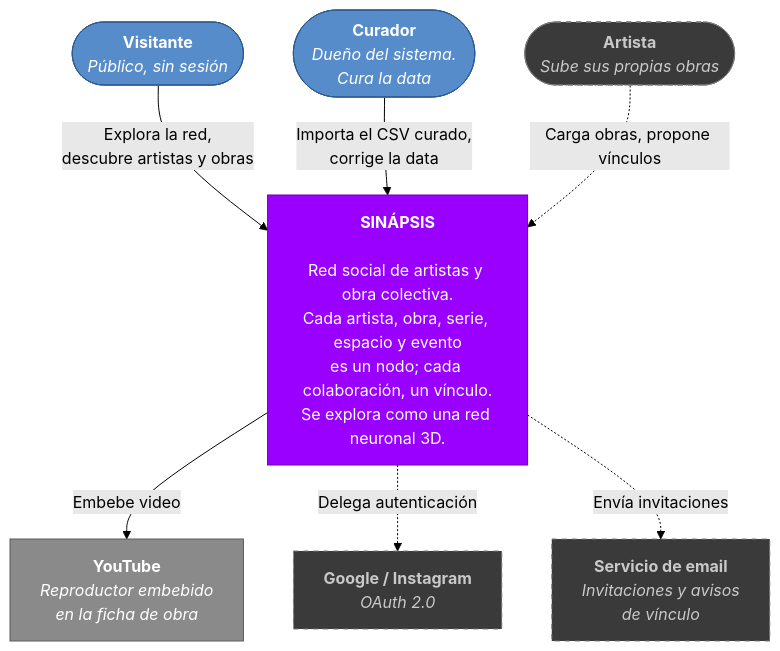
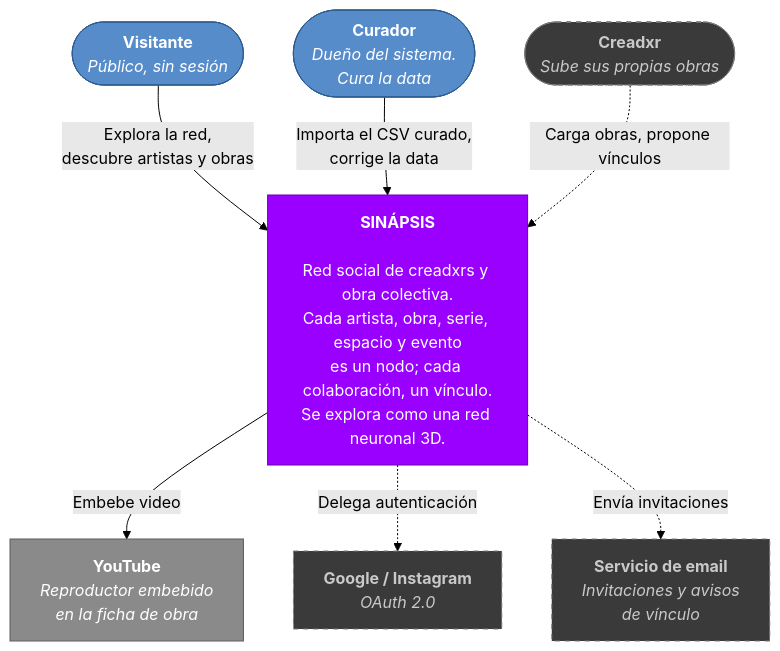
One commit to TropicalPoncho/sinapsis-front changed the first of 5 diagrams in docs/ARCHITECTURE.md. Above: the diagram before and after it, drawn with Mermaid (forest theme). The commit also changed other lines of this file and 11 other files, not shown here.

Commit message:
refactor: ENTIDAD + subtipo replace ARTISTA/ESPACIO/SERIE/STUB, created_by, terminology

````diff
--- a/docs/ARCHITECTURE.md
+++ b/docs/ARCHITECTURE.md
@@ -21,30 +21,30 @@
 ```mermaid
 flowchart TB
     visitante(["<b>Visitante</b><br/><i>Público, sin sesión</i>"])
     curador(["<b>Curador</b><br/><i>Dueño del sistema.<br/>Cura la data</i>"])
-    artista(["<b>Artista</b><br/><i>Sube sus propias obras</i>"])
+    artista(["<b>Creadxr</b><br/><i>Sube sus propias obras</i>"])
 
-    sinapsis["<b>SINÁPSIS</b><br/><br/>Red social de artistas y obra colectiva.<br/>Cada artista, obra, serie, espacio y evento<br/>es un nodo; cada colaboración, un vínculo.<br/>Se explora como una red neuronal 3D."]
+    sinapsis["<b>SINÁPSIS</b><br/><br/>Red social de creadxrs y obra colectiva.<br/>Cada artista, obra, serie, espacio y evento<br/>es un nodo; cada colaboración, un vínculo.<br/>Se explora como una red neuronal 3D."]
 
     youtube["<b>YouTube</b><br/><i>Reproductor embebido<br/>en la ficha de obra</i>"]
     oauth["<b>Google / Instagram</b><br/><i>OAuth 2.0</i>"]
     email["<b>Servicio de email</b><br/><i>Invitaciones y avisos<br/>de vínculo</i>"]
 
     visitante -->|"Explora la red,<br/>descubre artistas y obras"| sinapsis
     curador -->|"Importa el CSV curado,<br/>corrige la data"| sinapsis
     artista -.->|"Carga obras, propone vínculos"| sinapsis
 
     sinapsis -->|"Embebe video"| youtube
     sinapsis -.->|"Delega autenticación"| oauth
     sinapsis -.->|"Envía invitaciones"| email
 
     classDef persona fill:#578CCB,stroke:#2c5a8f,color:#fff
     classDef sistema fill:#9900FF,stroke:#6b00b3,color:#fff
     classDef externo fill:#8a8a8a,stroke:#5c5c5c,color:#fff
     classDef futuro fill:#3a3a3a,stroke:#7a7a7a,color:#c9c9c9,stroke-dasharray: 5 5
 
     class visitante,curador persona
     class sinapsis sistema
     class youtube externo
     class artista,oauth,email futuro
 ```
````
